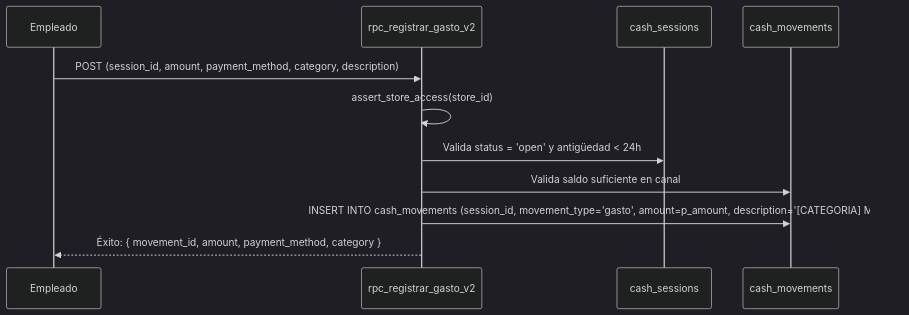
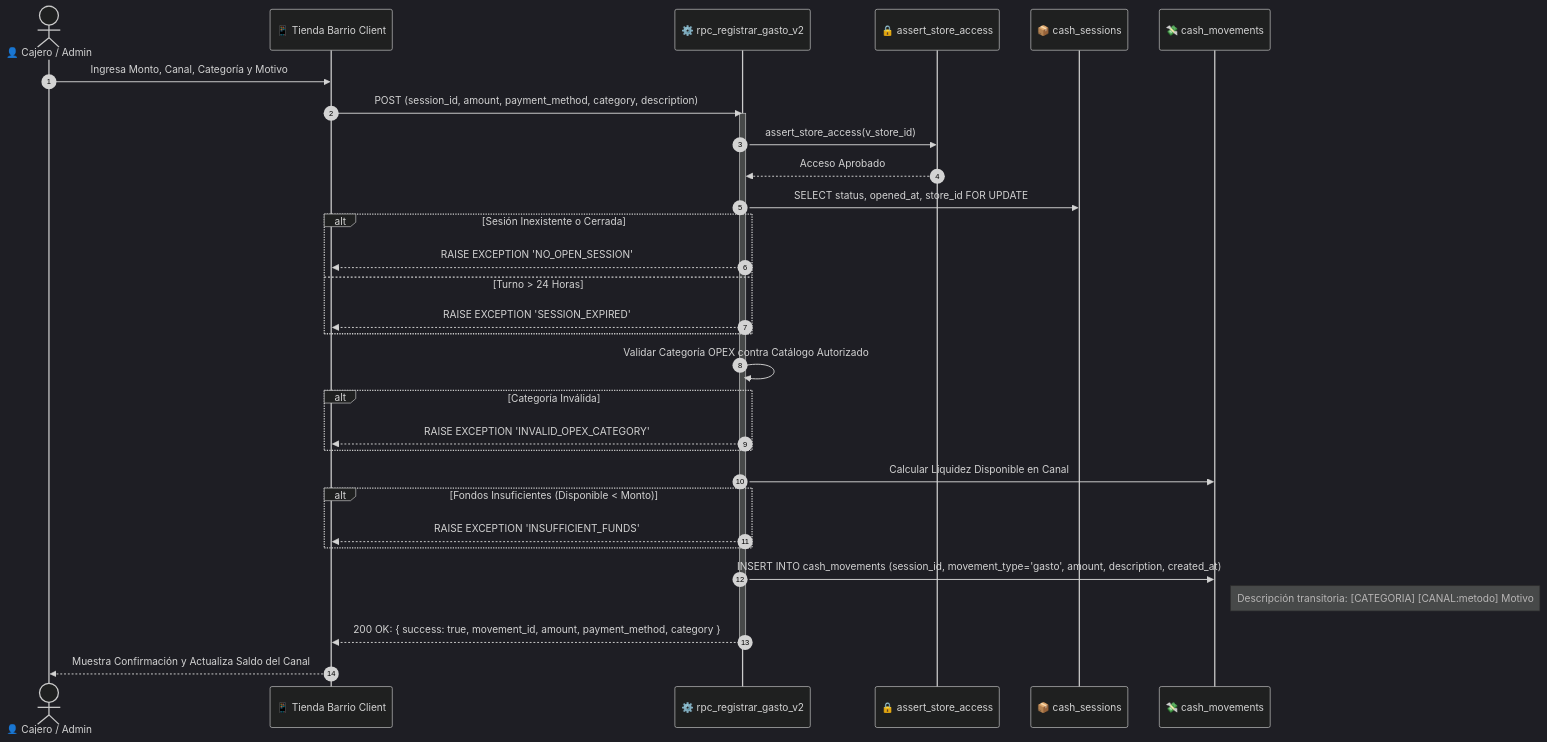
One commit to YamirJCF/tienda-barrio-pro changed the first of 5 diagrams in documentation/01_requirements/SDD/SDD_022_GASTOS_MULTICANAL.md. Above: the diagram before and after it, drawn with Mermaid (dark theme). The commit also changed other lines of this file, not shown here.

````diff
--- a/documentation/01_requirements/SDD/SDD_022_GASTOS_MULTICANAL.md
+++ b/documentation/01_requirements/SDD/SDD_022_GASTOS_MULTICANAL.md
@@ -50,14 +75,41 @@
 ```mermaid
 sequenceDiagram
-    participant Empleado
-    participant RPC as rpc_registrar_gasto_v2
-    participant S as cash_sessions
-    participant M as cash_movements
+    autonumber
+    actor Usuario as 👤 Cajero / Admin
+    participant UI as 📱 Tienda Barrio Client
+    participant RPC as ⚙️ rpc_registrar_gasto_v2
+    participant Auth as 🔒 assert_store_access
+    participant CS as 📦 cash_sessions
+    participant CM as 💸 cash_movements
 
-    Empleado->>RPC: POST (session_id, amount, payment_method, category, description)
-    RPC->>RPC: assert_store_access(store_id)
-    RPC->>S: Valida status = 'open' y antigüedad < 24h
-    RPC->>M: Valida saldo suficiente en canal
-    RPC->>M: INSERT INTO cash_movements (session_id, movement_type='gasto', amount=p_amount, description='[CATEGORIA] Motivo')
-    RPC-->>Empleado: Éxito: { movement_id, amount, payment_method, category }
+    Usuario->>UI: Ingresa Monto, Canal, Categoría y Motivo
+    UI->>RPC: POST (session_id, amount, payment_method, category, description)
+    
+    activate RPC
+    RPC->>Auth: assert_store_access(v_store_id)
+    Auth-->>RPC: Acceso Aprobado
+
+    RPC->>CS: SELECT status, opened_at, store_id FOR UPDATE
+    alt Sesión Inexistente o Cerrada
+        RPC-->>UI: RAISE EXCEPTION 'NO_OPEN_SESSION'
+    else Turno > 24 Horas
+        RPC-->>UI: RAISE EXCEPTION 'SESSION_EXPIRED'
+    end
+
+    RPC->>RPC: Validar Categoría OPEX contra Catálogo Autorizado
+    alt Categoría Inválida
+        RPC-->>UI: RAISE EXCEPTION 'INVALID_OPEX_CATEGORY'
+    end
+
+    RPC->>CM: Calcular Liquidez Disponible en Canal
+    alt Fondos Insuficientes (Disponible < Monto)
+        RPC-->>UI: RAISE EXCEPTION 'INSUFFICIENT_FUNDS'
+    end
+
+    RPC->>CM: INSERT INTO cash_movements (session_id, movement_type='gasto', amount, description, created_at)
+    Note right of CM: Descripción transitoria: [CATEGORIA] [CANAL:metodo] Motivo
+
+    RPC-->>UI: 200 OK: { success: true, movement_id, amount, payment_method, category }
+    deactivate RPC
+    UI-->>Usuario: Muestra Confirmación y Actualiza Saldo del Canal
 ```
````
